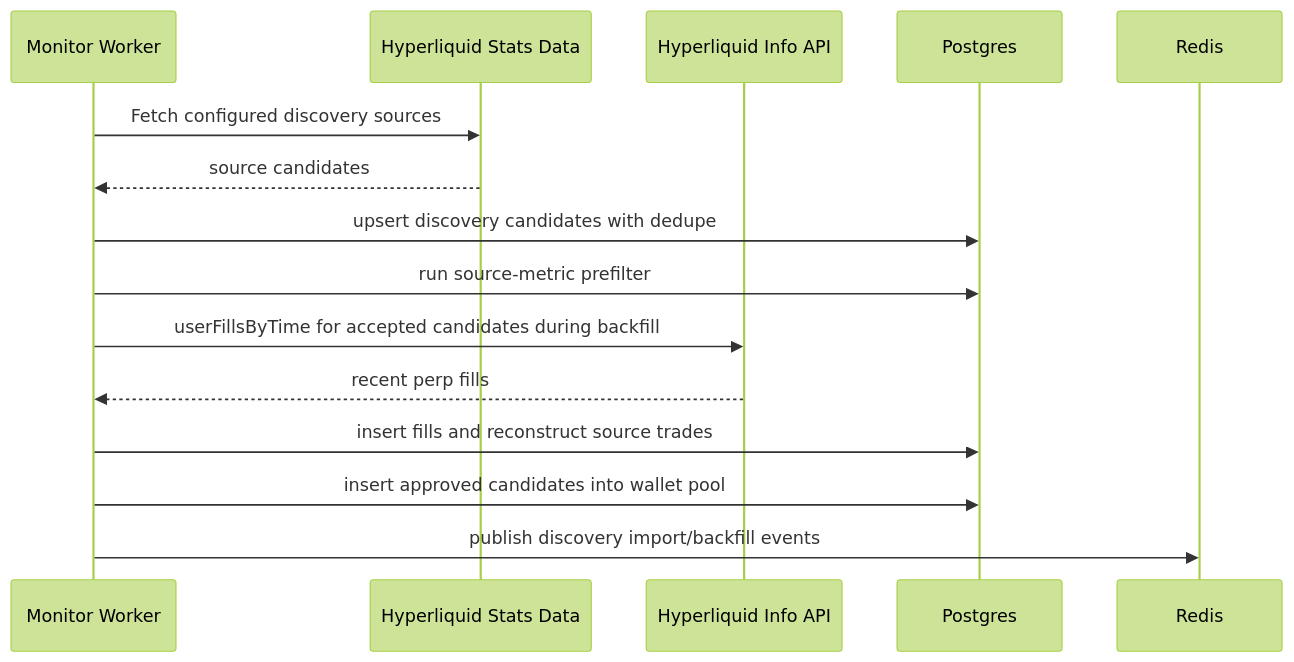
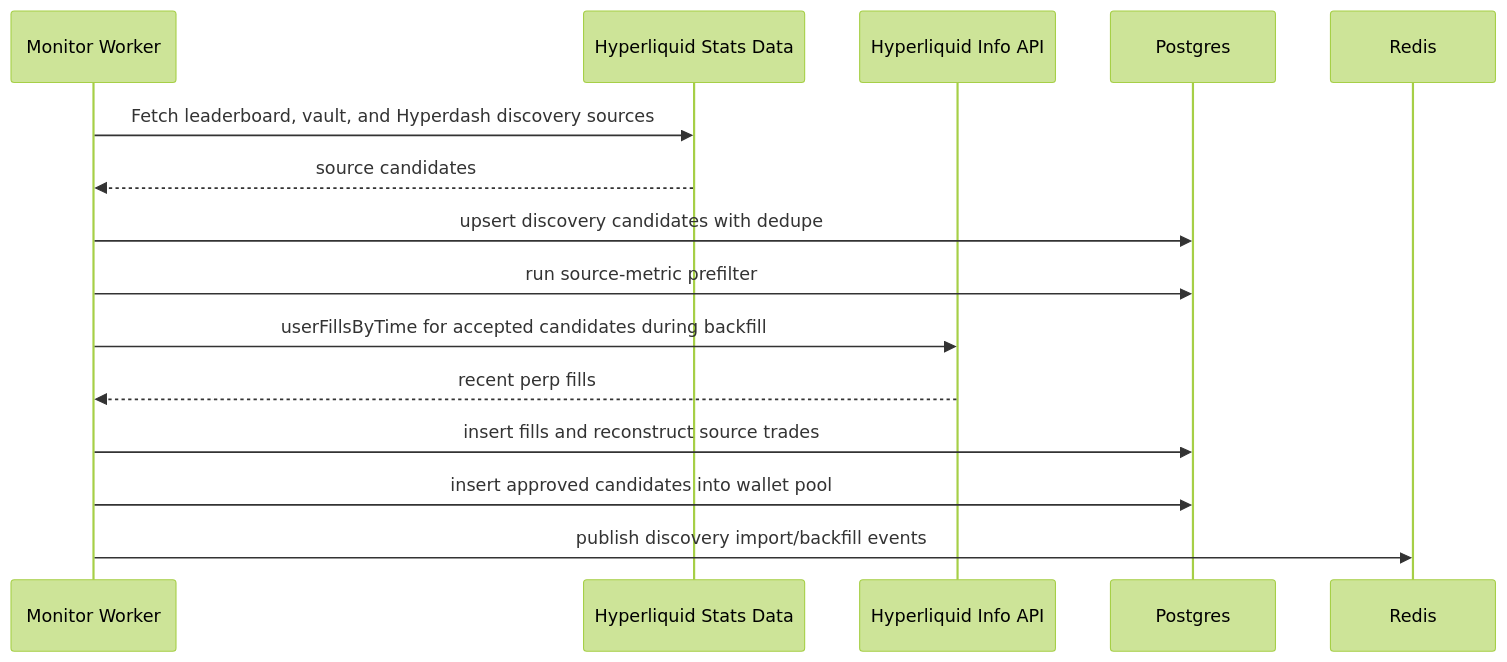
One commit to DrottPoker/copytrading-agent changed the seventh of 9 diagrams in docs/architecture.md. Above: the diagram before and after it, drawn with Mermaid (forest theme). The commit also changed 8 other files, not shown here.

````diff
--- a/docs/architecture.md
+++ b/docs/architecture.md
@@ -377,18 +377,18 @@
 ```mermaid
 sequenceDiagram
   participant Worker as Monitor Worker
   participant Stats as Hyperliquid Stats Data
   participant HL as Hyperliquid Info API
   participant DB as Postgres
   participant Redis as Redis
 
-  Worker->>Stats: Fetch configured discovery sources
+  Worker->>Stats: Fetch leaderboard, vault, and Hyperdash discovery sources
   Stats-->>Worker: source candidates
   Worker->>DB: upsert discovery candidates with dedupe
   Worker->>DB: run source-metric prefilter
   Worker->>HL: userFillsByTime for accepted candidates during backfill
   HL-->>Worker: recent perp fills
   Worker->>DB: insert fills and reconstruct source trades
   Worker->>DB: insert approved candidates into wallet pool
   Worker->>Redis: publish discovery import/backfill events
 ```
````
